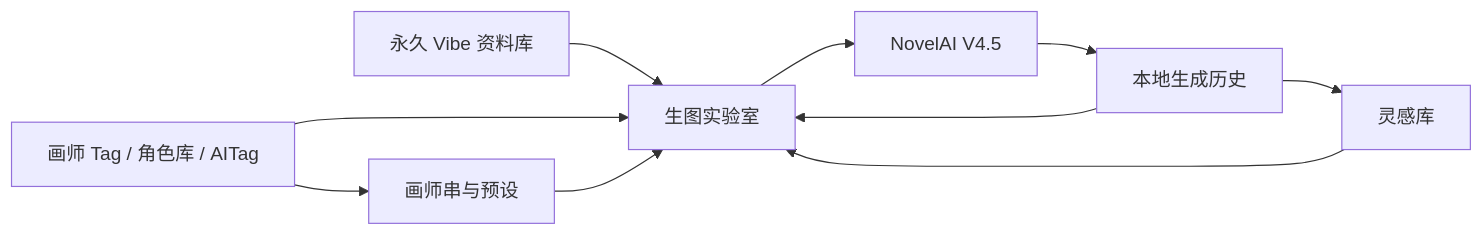
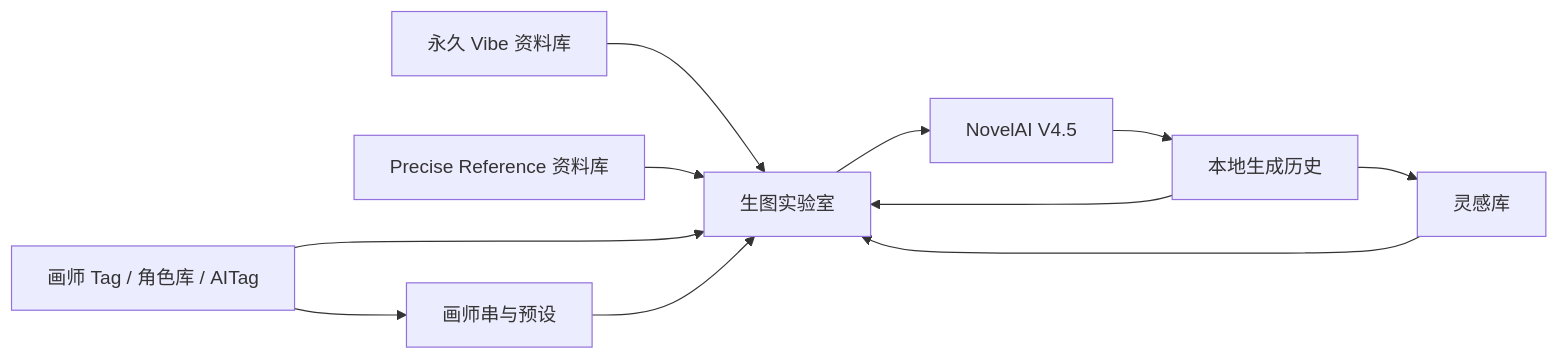
Before and after one commit to HelloQun54321/nai-atelier: the first of 3 diagrams in README.md, drawn with Mermaid. The commit also changed other lines of this file and 14 other files, not shown here.

Commit message:
feat: add NovelAI precise character reference

````diff
--- a/README.md
+++ b/README.md
@@ -69,12 +70,13 @@
 ```mermaid
 flowchart LR
     A["画师 Tag / 角色库 / AITag"] --> B["画师串与预设"]
     V["永久 Vibe 资料库"] --> C["生图实验室"]
+    P["Precise Reference 资料库"] --> C
     A --> C["生图实验室"]
     B --> C
     C --> D["NovelAI V4.5"]
     D --> E["本地生成历史"]
     E --> F["灵感库"]
     E --> C
     F --> C
 ```
````
